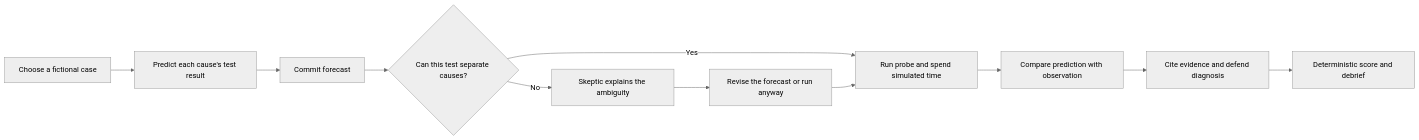
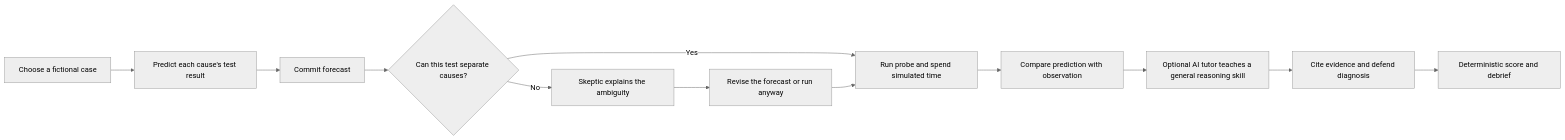
The first of 2 diagrams in README.md (Tayebbb/TwinSleuth), drawn with Mermaid (neutral theme) before and after one commit. The commit also changed other lines of this file and 19 other files, not shown here.

````diff
--- a/README.md
+++ b/README.md
@@ -17,13 +17,14 @@
 ```mermaid
 flowchart LR
     A[Choose a fictional case] --> B[Predict each cause's test result]
     B --> C[Commit forecast]
     C --> D{Can this test separate causes?}
     D -- No --> E[Skeptic explains the ambiguity]
     E --> F[Revise the forecast or run anyway]
     D -- Yes --> G[Run probe and spend simulated time]
     F --> G
     G --> H[Compare prediction with observation]
-    H --> I[Cite evidence and defend diagnosis]
+    H --> T[Optional AI tutor teaches a general reasoning skill]
+    T --> I[Cite evidence and defend diagnosis]
     I --> J[Deterministic score and debrief]
 ```
````
